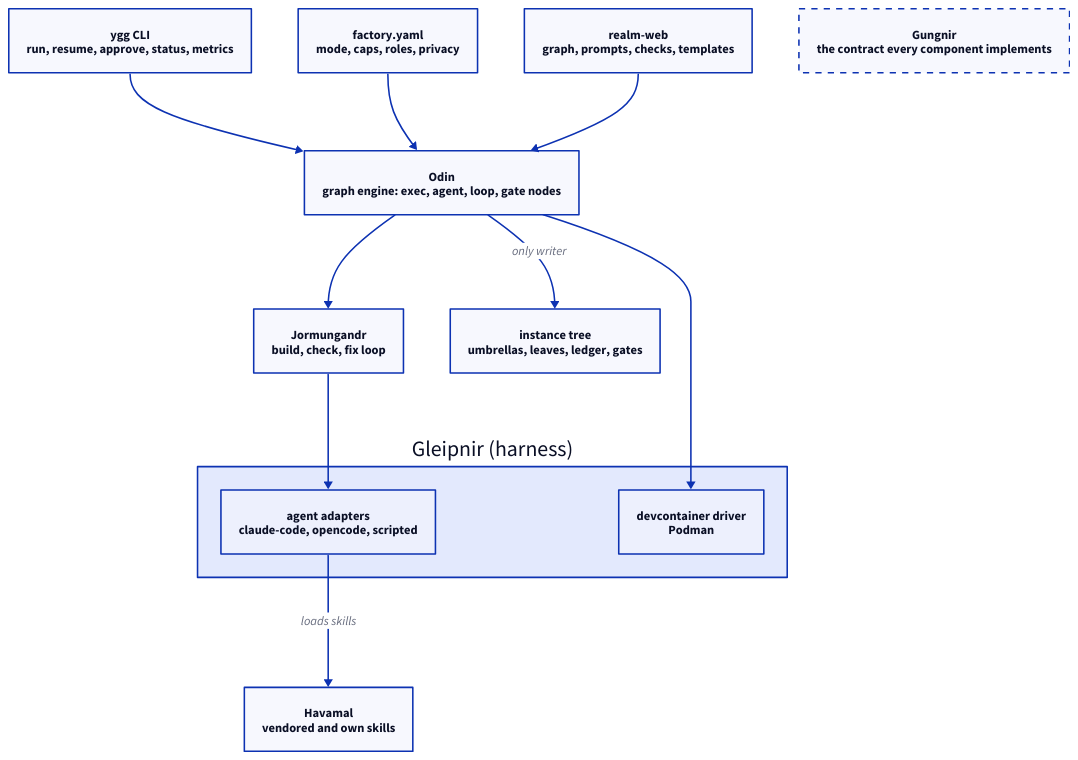
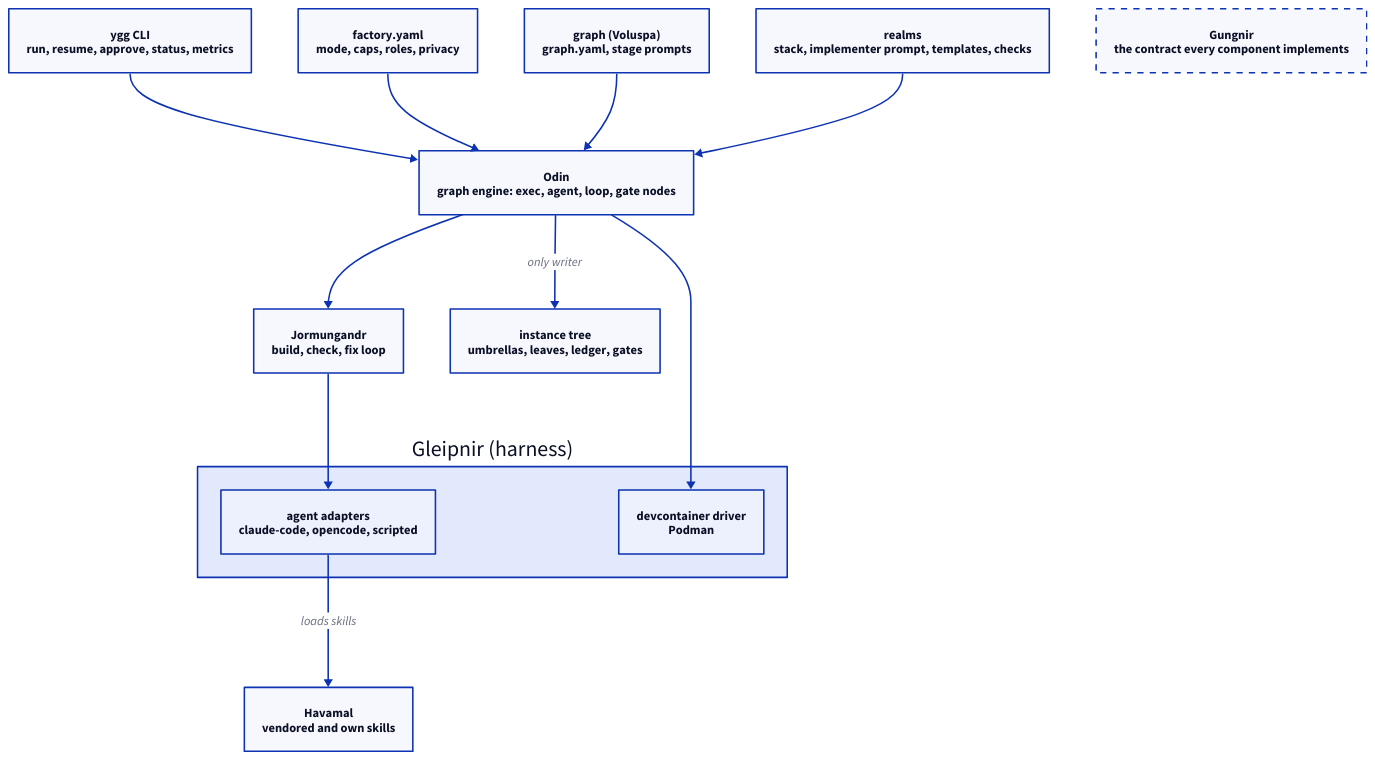
One commit to ouroboric-dev/yggdrasil changed the diagram in docs/assets/diagrams/architecture.d2. Above: the diagram before and after it, drawn with D2. The commit also changed 16 other files, not shown here.

First line of the commit message:
Point at the Voluspa change; document graphs; this change's backlog (voluspa-T017) (#73)

```diff
--- a/docs/assets/diagrams/architecture.d2
+++ b/docs/assets/diagrams/architecture.d2
@@ -1,21 +1,23 @@
 direction: down
 cli: "ygg CLI\nrun, resume, approve, status, metrics"
 config: "factory.yaml\nmode, caps, roles, privacy"
-realm: "realm-web\ngraph, prompts, checks, templates"
+graph: "graph (Voluspa)\ngraph.yaml, stage prompts"
+realm: "realms\nstack, implementer prompt, templates, checks"
 odin: "Odin\ngraph engine: exec, agent, loop, gate nodes"
 jorm: "Jormungandr\nbuild, check, fix loop"
 gleipnir: "Gleipnir (harness)" {
   agents: "agent adapters\nclaude-code, opencode, scripted"
   sandbox: "devcontainer driver\nPodman"
 }
 havamal: "Havamal\nvendored and own skills"
 tree: "instance tree\numbrellas, leaves, ledger, gates"
 gungnir: "Gungnir\nthe contract every component implements" {style.stroke-dash: 4}
 cli -> odin
 config -> odin
+graph -> odin
 realm -> odin
 odin -> jorm
 jorm -> gleipnir.agents
 odin -> gleipnir.sandbox
 gleipnir.agents -> havamal: "loads skills"
 odin -> tree: "only writer"
```
